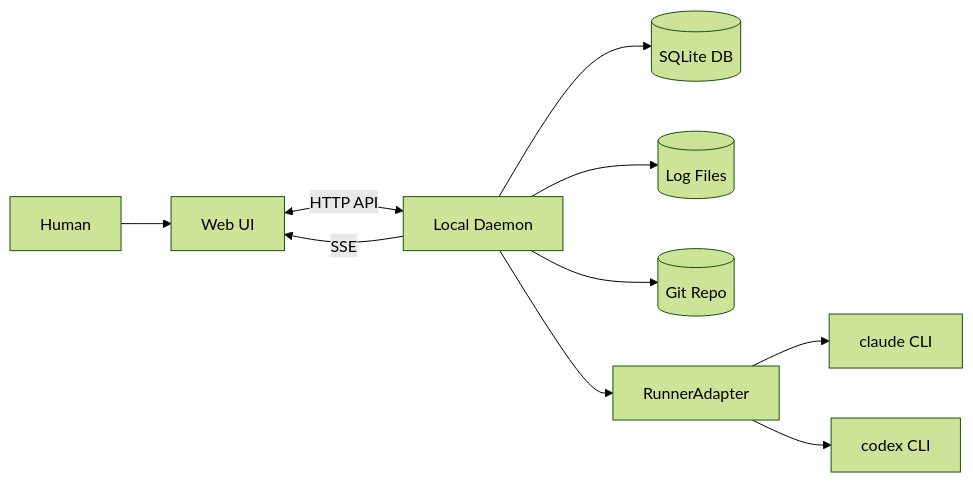
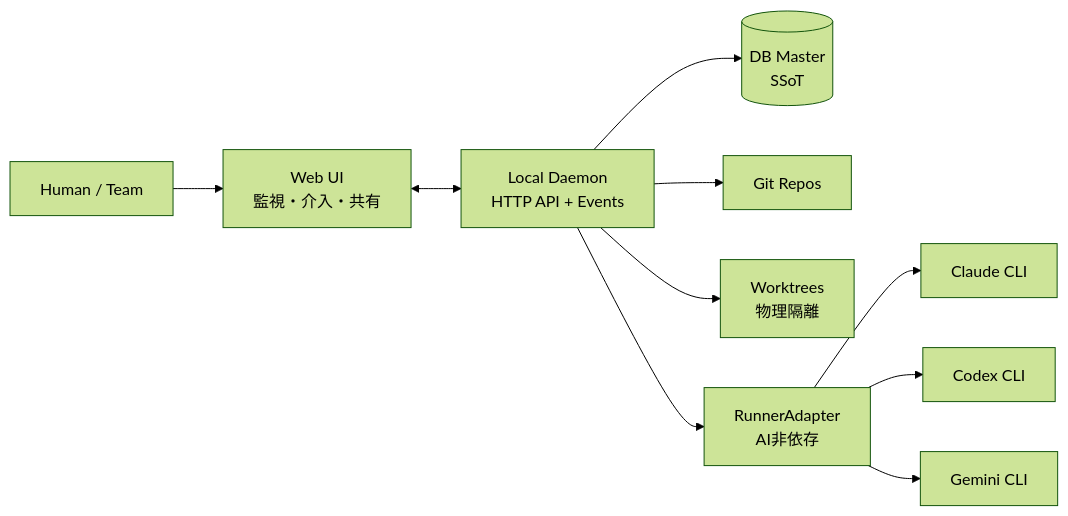
The diagram in README.md (krtw00/AgentMine), drawn with Mermaid (forest theme) before and after one commit. The commit also changed other lines of this file, not shown here.

````diff
--- a/README.md
+++ b/README.md
@@ -32,14 +43,14 @@
 ```mermaid
 flowchart LR
-  Human[Human] --> UI[Web UI]
-  UI <--> |HTTP API| Daemon[Local Daemon]
-  Daemon --> |SSE| UI
+  H[Human / Team] --> UI[Web UI<br/>監視・介入・共有]
+  UI <--> D[Local Daemon<br/>HTTP API + Events]
 
-  Daemon --> DB[(SQLite DB)]
-  Daemon --> Logs[(Log Files)]
-  Daemon --> Git[(Git Repo)]
+  D --> DB[(DB Master<br/>SSoT)]
+  D --> G[Git Repos]
+  D --> WT[Worktrees<br/>物理隔離]
 
-  Daemon --> RA[RunnerAdapter]
-  RA --> Claude[claude CLI]
-  RA --> Codex[codex CLI]
+  D --> RA[RunnerAdapter<br/>AI非依存]
+  RA --> R1[Claude CLI]
+  RA --> R2[Codex CLI]
+  RA --> R3[Gemini CLI]
 ```
````
